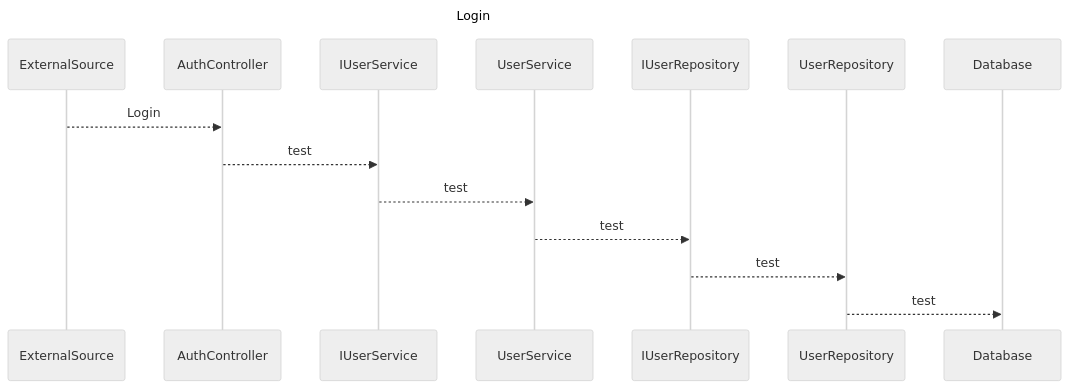
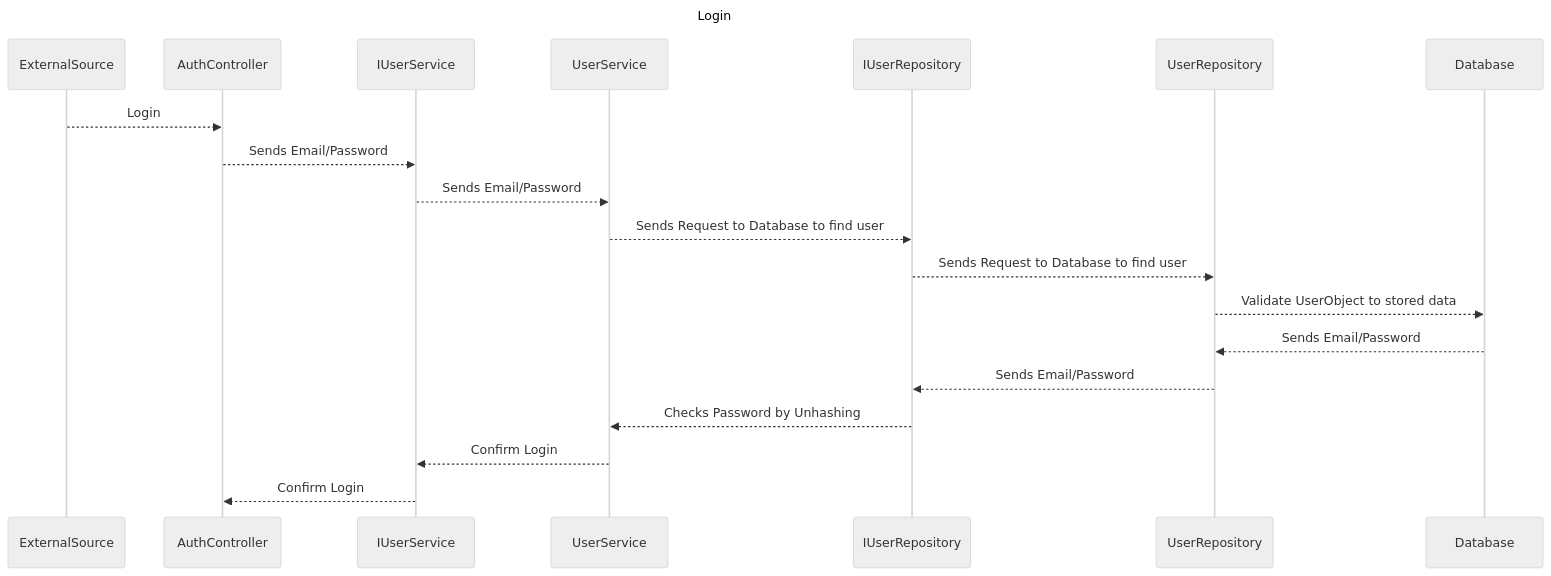
The second of 2 diagrams in diagrams/SequenceDiagram.md (zealand-cs/Racekatteklubben), drawn with Mermaid (neutral theme) before and after one commit. The commit also changed 1 other file, not shown here.

Commit message:
New SequenceDiagram and corrected ER diagram

````diff
--- a/diagrams/SequenceDiagram.md
+++ b/diagrams/SequenceDiagram.md
@@ -36,21 +36,25 @@
 ```mermaid
 sequenceDiagram
     title Login
     
     participant external as ExternalSource
     participant Controller as AuthController
     participant IService as IUserService
     participant Service as UserService
     participant IRepo as IUserRepository
     participant Repo as UserRepository
     participant DB as Database
     
     external -->>Controller: Login
-    Controller -->> IService: test
-    IService -->>Service: test
-    Service-->>IRepo: test 
-    IRepo-->>Repo: test
-    Repo -->>DB: test
-     
+    Controller -->> IService: Sends Email/Password
+    IService -->>Service: Sends Email/Password
+    Service-->>IRepo: Sends Request to Database to find user
+    IRepo-->>Repo: Sends Request to Database to find user
+    Repo -->>DB: Validate UserObject to stored data
+    DB -->> Repo: Sends Email/Password
+    Repo -->> IRepo: Sends Email/Password
+    IRepo -->> Service: Checks Password by Unhashing
+    Service -->> IService: Confirm Login
+    IService -->> Controller: Confirm Login
     
 ```
````
